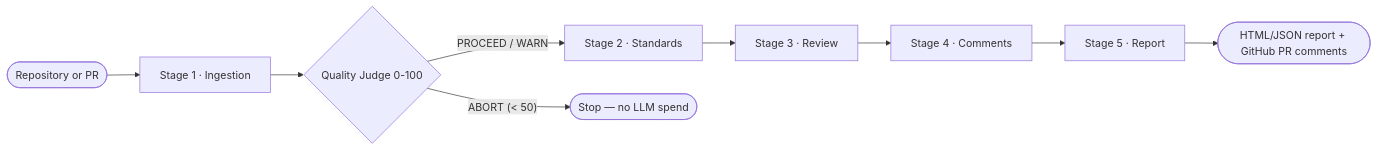
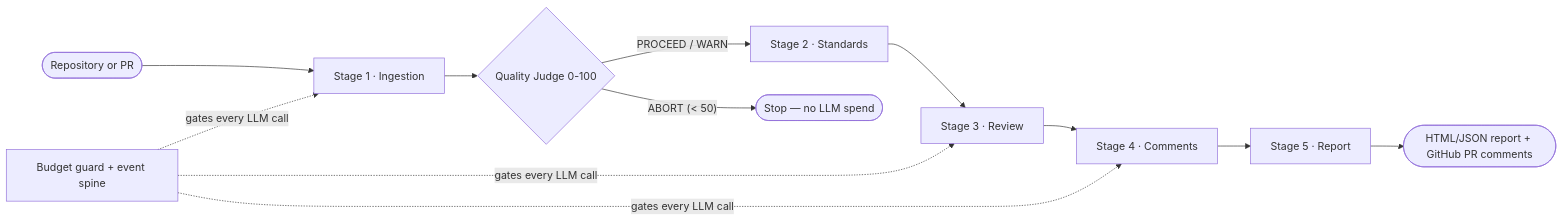
Before and after one commit to shohbitgupta/code_reviewer_agent: the first of 2 diagrams in README.md, drawn with Mermaid. The commit also changed other lines of this file, not shown here.

````diff
--- a/README.md
+++ b/README.md
@@ -13,11 +13,12 @@
 ```mermaid
 flowchart LR
     R(["Repository or PR"]) --> S1["Stage 1 · Ingestion"]
     S1 --> Q{"Quality Judge 0-100"}
     Q -->|"PROCEED / WARN"| S2["Stage 2 · Standards"]
     Q -->|"ABORT (< 50)"| X(["Stop — no LLM spend"])
     S2 --> S3["Stage 3 · Review"]
     S3 --> S4["Stage 4 · Comments"]
     S4 --> S5["Stage 5 · Report"]
     S5 --> O(["HTML/JSON report + GitHub PR comments"])
+    BG["Budget guard + event spine"] -.->|"gates every LLM call"| S1 & S3 & S4
 ```
````
